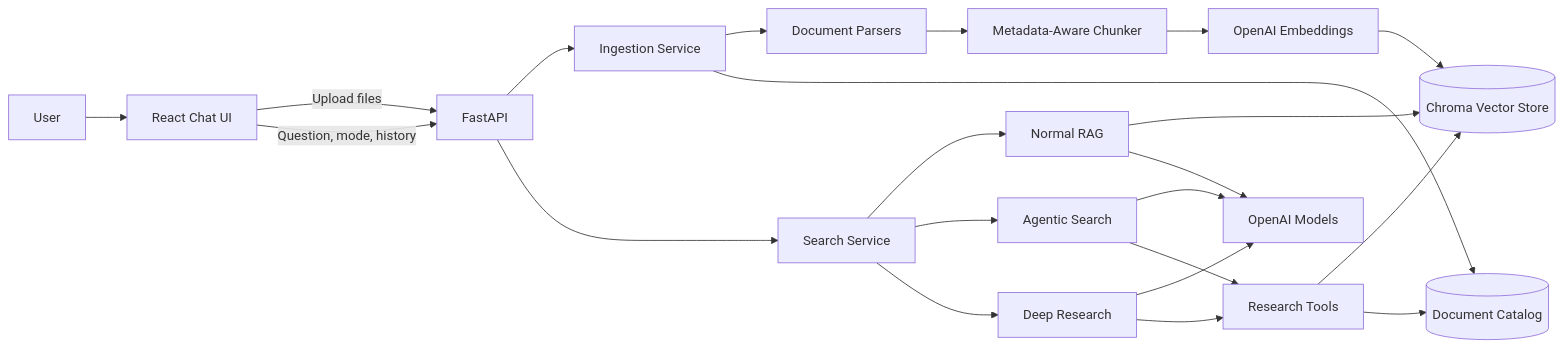
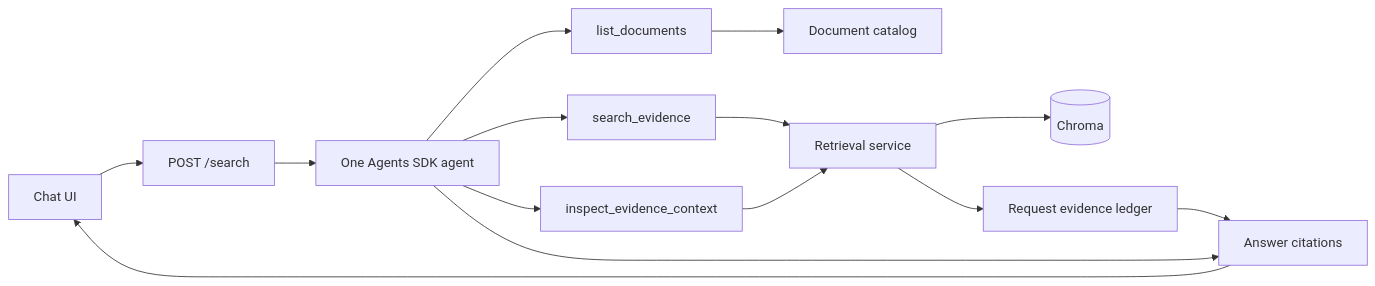
One commit to Rohan-Desai/agentic-search changed the diagram in ARCHITECTURE.md. Above: the diagram before and after it, drawn with Mermaid. The commit also changed other lines of this file and 4 other files, not shown here.

Commit message:
Document minimal agentic architecture

````diff
--- a/ARCHITECTURE.md
+++ b/ARCHITECTURE.md
@@ -5,24 +6,16 @@
 ```mermaid
 flowchart LR
-    U[User] --> UI[React Chat UI]
-    UI -->|Upload files| API[FastAPI]
-    UI -->|Question, mode, history| API
-    API --> ING[Ingestion Service]
-    API --> SEARCH[Search Service]
-    ING --> PARSE[Document Parsers]
-    PARSE --> CHUNK[Metadata-Aware Chunker]
-    CHUNK --> EMBED[OpenAI Embeddings]
-    EMBED --> STORE[(Chroma Vector Store)]
-    ING --> CATALOG[(Document Catalog)]
-    SEARCH --> NORMAL[Normal RAG]
-    SEARCH --> AGENT[Agentic Search]
-    SEARCH --> DEEP[Deep Research]
-    NORMAL --> STORE
-    NORMAL --> OPENAI[OpenAI Models]
-    AGENT --> OPENAI
-    AGENT --> TOOLS[Research Tools]
-    TOOLS --> STORE
-    TOOLS --> CATALOG
-    DEEP --> OPENAI
-    DEEP --> TOOLS
+    UI[Chat UI] --> API[POST /search]
+    API --> AGENT[One Agents SDK agent]
+    AGENT --> LIST[list_documents]
+    AGENT --> SEARCH[search_evidence]
+    AGENT --> INSPECT[inspect_evidence_context]
+    LIST --> CATALOG[Document catalog]
+    SEARCH --> RETRIEVAL[Retrieval service]
+    INSPECT --> RETRIEVAL
+    RETRIEVAL --> VECTOR[(Chroma)]
+    RETRIEVAL --> LEDGER[Request evidence ledger]
+    LEDGER --> RESPONSE[Answer citations]
+    AGENT --> RESPONSE
+    RESPONSE --> UI
 ```
````
